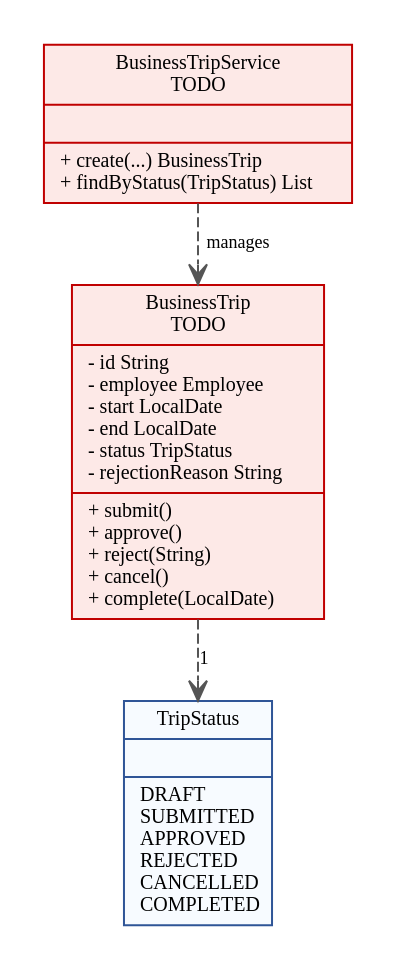
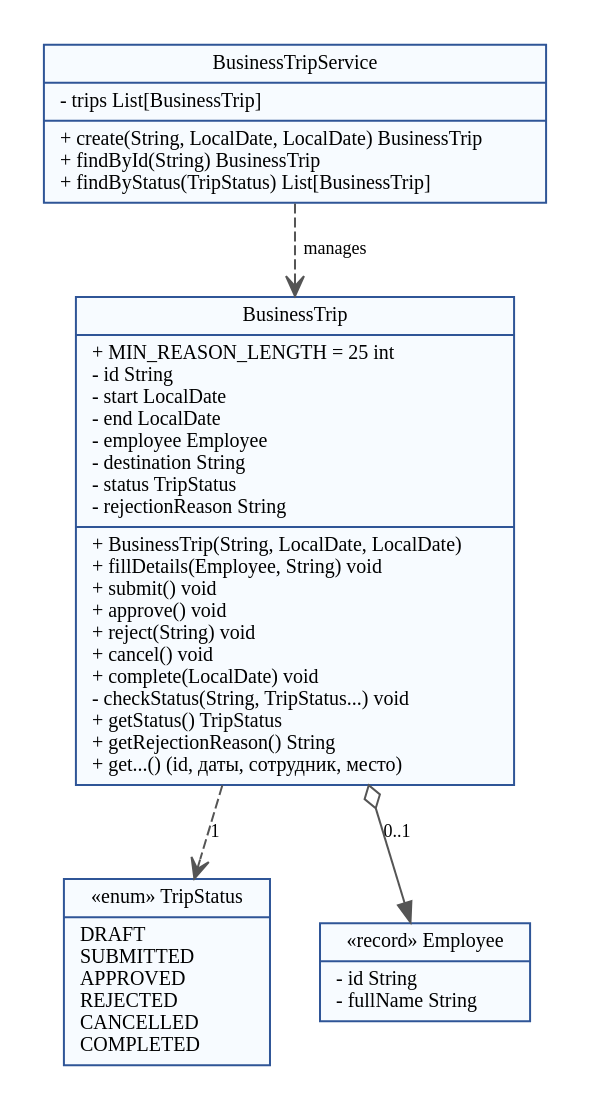
The diagram in diagrams/class.dot (svpeditor/pr8-klimashevskiy-da), drawn with Graphviz before and after one commit. The commit also changed 5 other files, not shown here.

Commit message:
Диаграммы activity, классов и переходов состояний

```diff
--- a/diagrams/class.dot
+++ b/diagrams/class.dot
@@ -1,10 +1,12 @@
 digraph C {
-graph [rankdir=TB, bgcolor="white", pad=0.2, nodesep=0.35, ranksep=0.4];
+graph [rankdir=TB, bgcolor="white", pad=0.2, nodesep=0.35, ranksep=0.5];
 node [shape=record, style="filled", fontname="Times New Roman", fontsize=10, color="#2F5597", fillcolor="#F7FBFF"];
 edge [fontname="Times New Roman", fontsize=9, color="#555555"];
-t [label="{BusinessTrip\nTODO|- id String\l- employee Employee\l- start LocalDate\l- end LocalDate\l- status TripStatus\l- rejectionReason String\l|+ submit()\l+ approve()\l+ reject(String)\l+ cancel()\l+ complete(LocalDate)\l}", fillcolor="#FDE9E7", color="#C00000"];
-st [label="{TripStatus||DRAFT\lSUBMITTED\lAPPROVED\lREJECTED\lCANCELLED\lCOMPLETED\l}", fillcolor="#F7FBFF", color="#2F5597"];
-sv [label="{BusinessTripService\nTODO||+ create(...) BusinessTrip\l+ findByStatus(TripStatus) List\l}", fillcolor="#FDE9E7", color="#C00000"];
+sv [label="{BusinessTripService|- trips List[BusinessTrip]\l|+ create(String, LocalDate, LocalDate) BusinessTrip\l+ findById(String) BusinessTrip\l+ findByStatus(TripStatus) List[BusinessTrip]\l}"];
+t [label="{BusinessTrip|+ MIN_REASON_LENGTH = 25 int\l- id String\l- start LocalDate\l- end LocalDate\l- employee Employee\l- destination String\l- status TripStatus\l- rejectionReason String\l|+ BusinessTrip(String, LocalDate, LocalDate)\l+ fillDetails(Employee, String) void\l+ submit() void\l+ approve() void\l+ reject(String) void\l+ cancel() void\l+ complete(LocalDate) void\l- checkStatus(String, TripStatus...) void\l+ getStatus() TripStatus\l+ getRejectionReason() String\l+ get...() (id, даты, сотрудник, место)\l}"];
+st [label="{«enum» TripStatus|DRAFT\lSUBMITTED\lAPPROVED\lREJECTED\lCANCELLED\lCOMPLETED\l}"];
+e [label="{«record» Employee|- id String\l- fullName String\l}"];
+sv -> t [label="manages",style=dashed,arrowhead=open];
 t -> st [label="1",style=dashed,arrowhead=open];
-sv -> t [label="manages",style=dashed,arrowhead=open];
+t -> e [label="0..1",arrowtail=odiamond,dir=both];
 }
```
